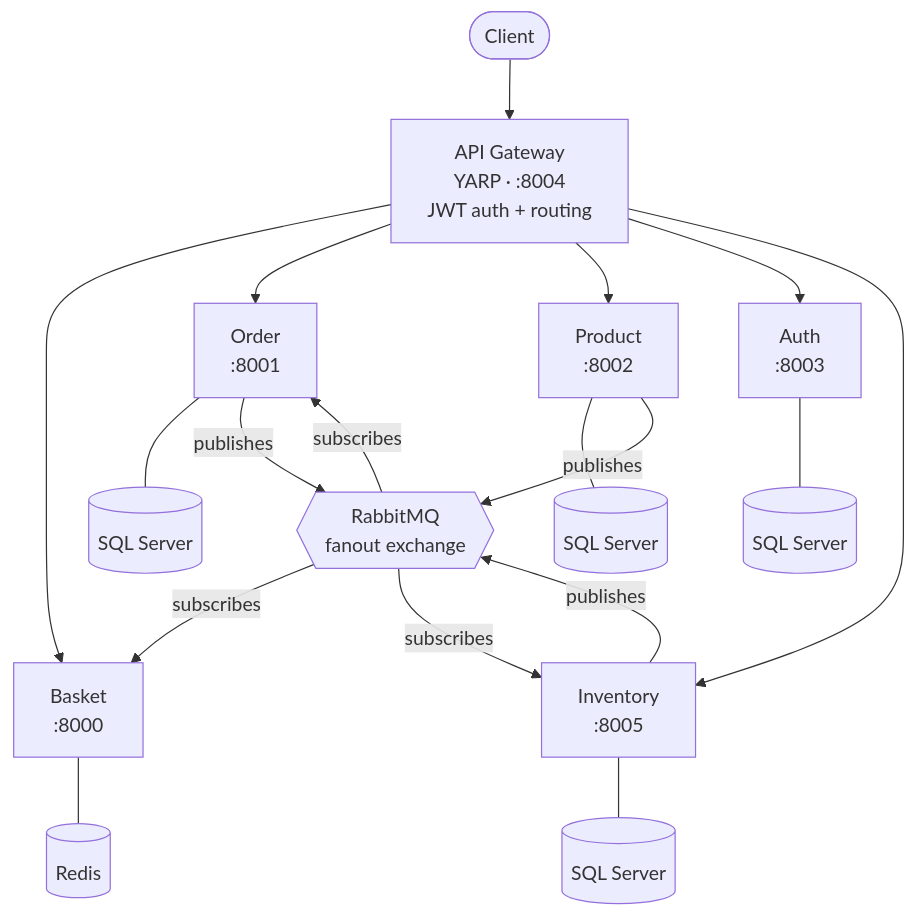
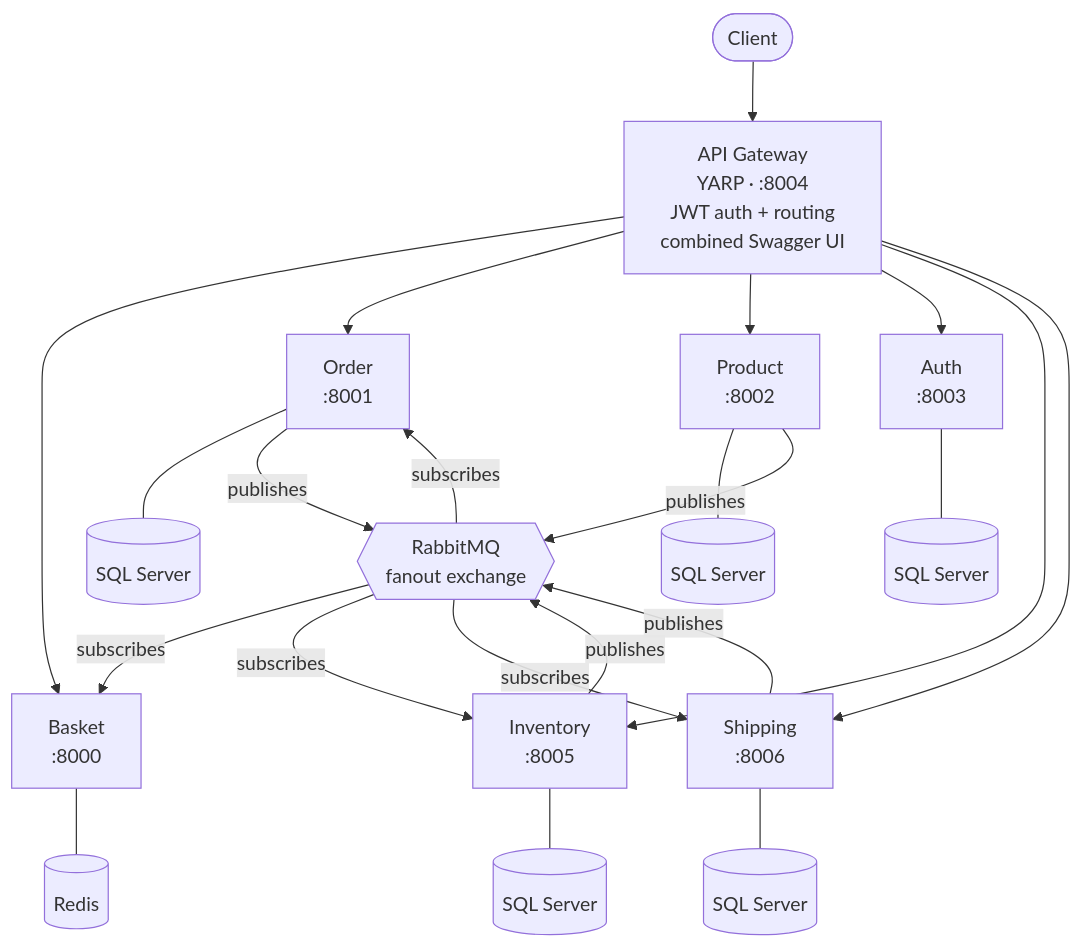
The diagram in docs/wiki/Home.md (daonhan/Microservices-in-.NET), drawn with Mermaid before and after one commit. The commit also changed other lines of this file and 5 other files, not shown here.

First line of the commit message:
docs(wiki): refresh wiki for Shipping + combined Swagger UI

````diff
--- a/docs/wiki/Home.md
+++ b/docs/wiki/Home.md
@@ -9,20 +9,24 @@
 ```mermaid
 graph TD
-    Client([Client]) --> GW["API Gateway<br/>YARP · :8004<br/>JWT auth + routing"]
+    Client([Client]) --> GW["API Gateway<br/>YARP · :8004<br/>JWT auth + routing<br/>combined Swagger UI"]
     GW --> Basket["Basket<br/>:8000"]
     GW --> Order["Order<br/>:8001"]
     GW --> Product["Product<br/>:8002"]
     GW --> Auth["Auth<br/>:8003"]
     GW --> Inventory["Inventory<br/>:8005"]
+    GW --> Shipping["Shipping<br/>:8006"]
     Basket --- Redis[(Redis)]
     Order --- SQLOrder[(SQL Server)]
     Product --- SQLProduct[(SQL Server)]
     Auth --- SQLAuth[(SQL Server)]
     Inventory --- SQLInventory[(SQL Server)]
+    Shipping --- SQLShipping[(SQL Server)]
     Order -- publishes --> RabbitMQ{{"RabbitMQ<br/>fanout exchange"}}
     Product -- publishes --> RabbitMQ
     Inventory -- publishes --> RabbitMQ
+    Shipping -- publishes --> RabbitMQ
     RabbitMQ -- subscribes --> Basket
     RabbitMQ -- subscribes --> Order
     RabbitMQ -- subscribes --> Inventory
+    RabbitMQ -- subscribes --> Shipping
 ```
````
